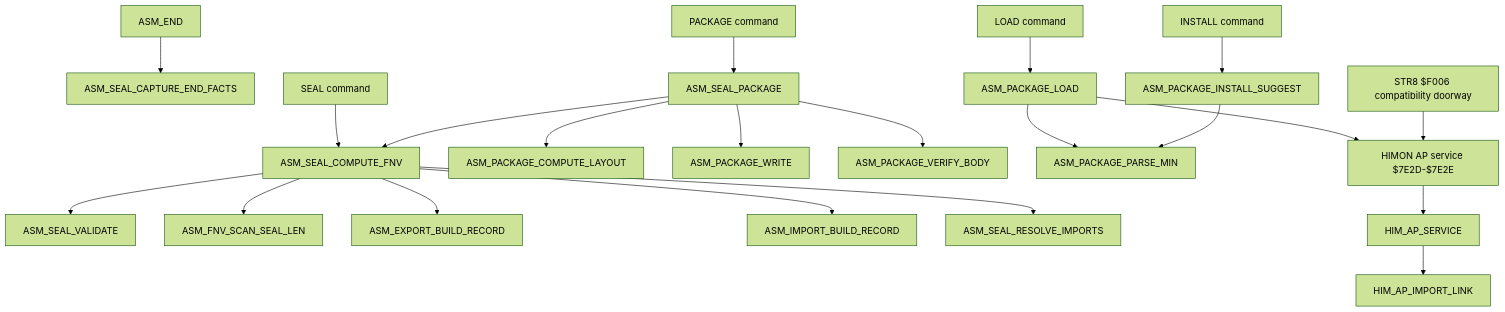
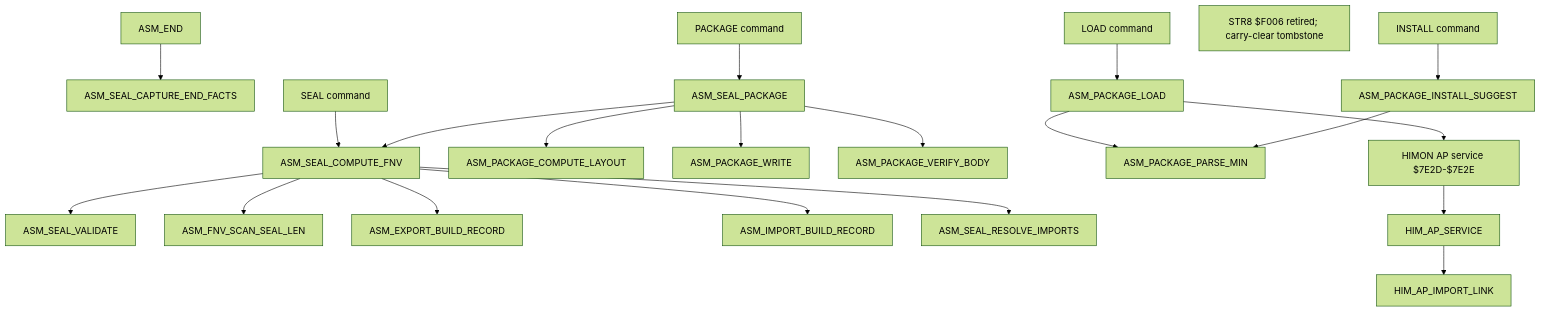
Before and after one commit to 95westus/R-YORS: the ninth of 9 diagrams in DOC/GUIDES/ASM/ASM_CALL_MAP.md, drawn with Mermaid (forest theme). The commit also changed 33 other files, not shown here.

````diff
--- a/DOC/GUIDES/ASM/ASM_CALL_MAP.md
+++ b/DOC/GUIDES/ASM/ASM_CALL_MAP.md
@@ -179,27 +179,27 @@
 ```mermaid
 flowchart TD
     ENDASM["ASM_END"] --> CAPTURE["ASM_SEAL_CAPTURE_END_FACTS"]
 
     SEALCMD["SEAL command"] --> FNV["ASM_SEAL_COMPUTE_FNV"]
     FNV --> VALIDATE["ASM_SEAL_VALIDATE"]
     FNV --> HASHBODY["ASM_FNV_SCAN_SEAL_LEN"]
     FNV --> EXPREC["ASM_EXPORT_BUILD_RECORD"]
     FNV --> IMPREC["ASM_IMPORT_BUILD_RECORD"]
     FNV --> RESIMP["ASM_SEAL_RESOLVE_IMPORTS"]
 
     PACKAGECMD["PACKAGE command"] --> PACKAGE["ASM_SEAL_PACKAGE"]
     PACKAGE --> FNV
     PACKAGE --> LAYOUT["ASM_PACKAGE_COMPUTE_LAYOUT"]
     PACKAGE --> WRITEPKG["ASM_PACKAGE_WRITE"]
     PACKAGE --> VERIFYPKG["ASM_PACKAGE_VERIFY_BODY"]
 
     LOADCMD["LOAD command"] --> LOADPKG["ASM_PACKAGE_LOAD"]
     LOADPKG --> PARSEPKG["ASM_PACKAGE_PARSE_MIN"]
     LOADPKG --> APVEC["HIMON AP service $7E2D-$7E2E"]
     APVEC --> HIMAP["HIM_AP_SERVICE"]
     HIMAP --> HIMLINK["HIM_AP_IMPORT_LINK"]
-    F006["STR8 $F006 compatibility doorway"] --> APVEC
+    F006["STR8 $F006 retired; carry-clear tombstone"]
 
     INSTALLCMD["INSTALL command"] --> SUGGEST["ASM_PACKAGE_INSTALL_SUGGEST"]
     SUGGEST --> PARSEPKG
 ```
````
